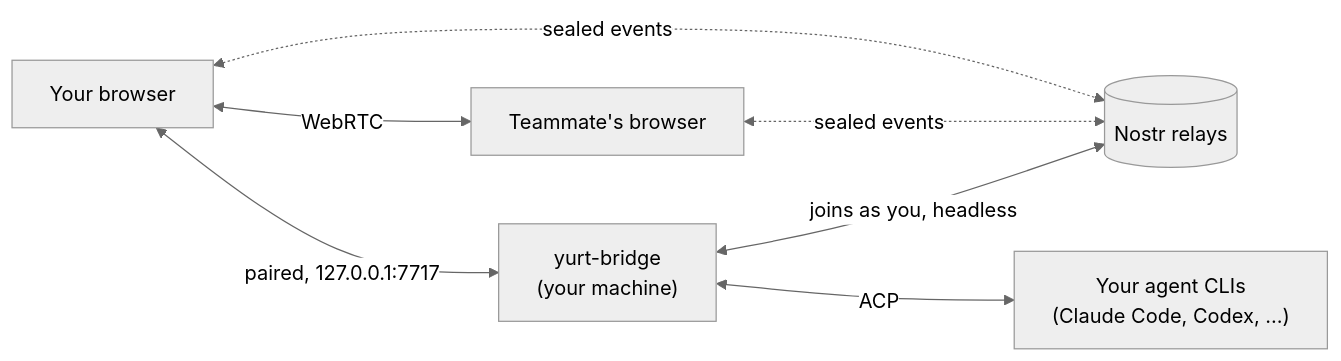
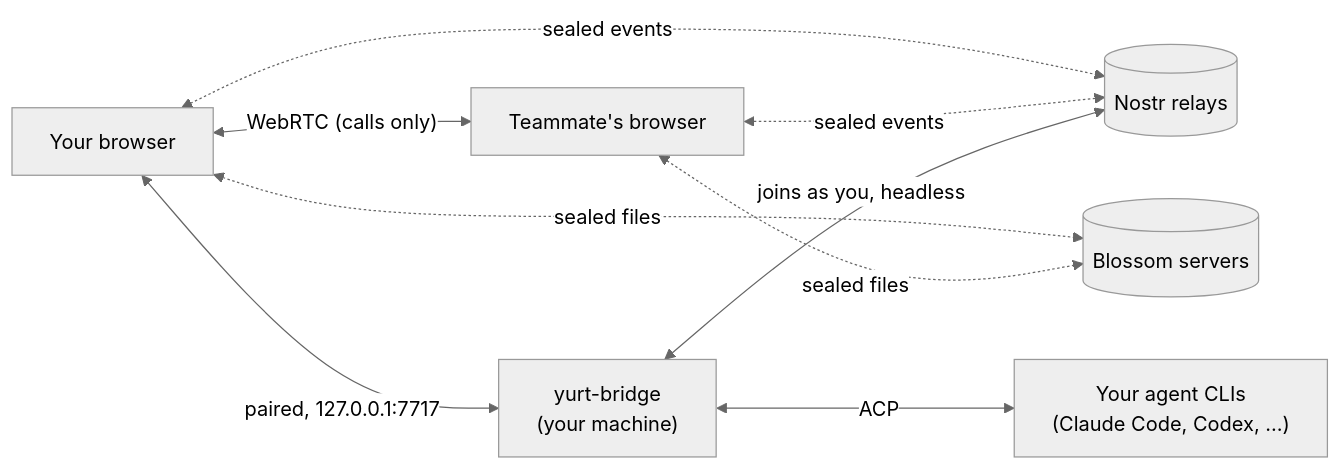
Before and after one commit to kucukkanat/yurt: the diagram in README.md, drawn with Mermaid (neutral theme). The commit also changed other lines of this file and 88 other files, not shown here.

First line of the commit message:
refactor!: remove Trystero network mode; WebRTC only for calls

````diff
--- a/README.md
+++ b/README.md
@@ -39,9 +39,11 @@
 ```mermaid
 flowchart LR
-  A["Your browser"] <-- "WebRTC" --> B["Teammate's browser"]
-  A <-. "sealed events" .-> R[("Nostr relays")]
-  B <-. "sealed events" .-> R
+  A["Your browser"] <-. "sealed events" .-> R[("Nostr relays")]
+  B["Teammate's browser"] <-. "sealed events" .-> R
+  A <-. "sealed files" .-> F[("Blossom servers")]
+  B <-. "sealed files" .-> F
+  A <-- "WebRTC (calls only)" --> B
   A <-- "paired, 127.0.0.1:7717" --> Br["yurt-bridge<br>(your machine)"]
   Br <-- "joins as you, headless" --> R
   Br <-- "ACP" --> Ag["Your agent CLIs<br>(Claude Code, Codex, …)"]
 ```
````
